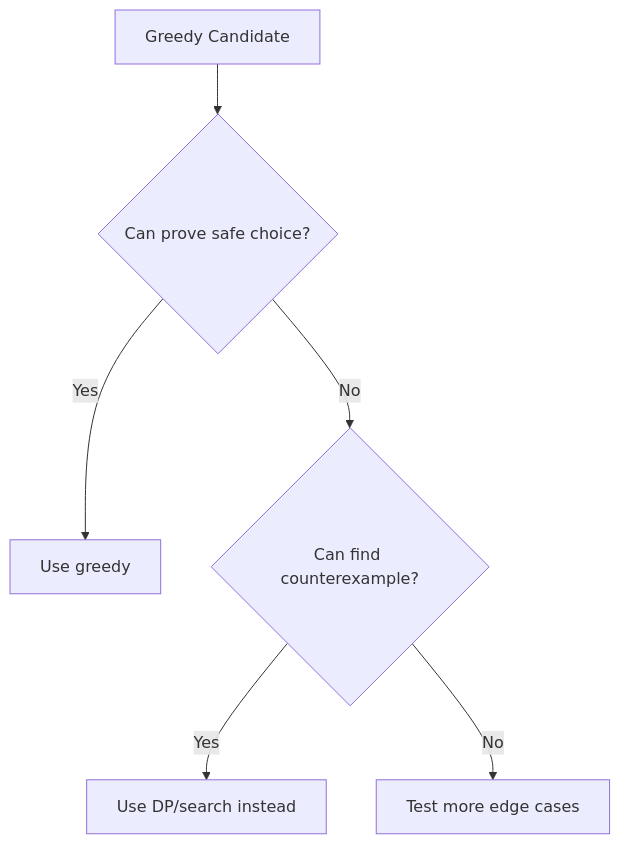
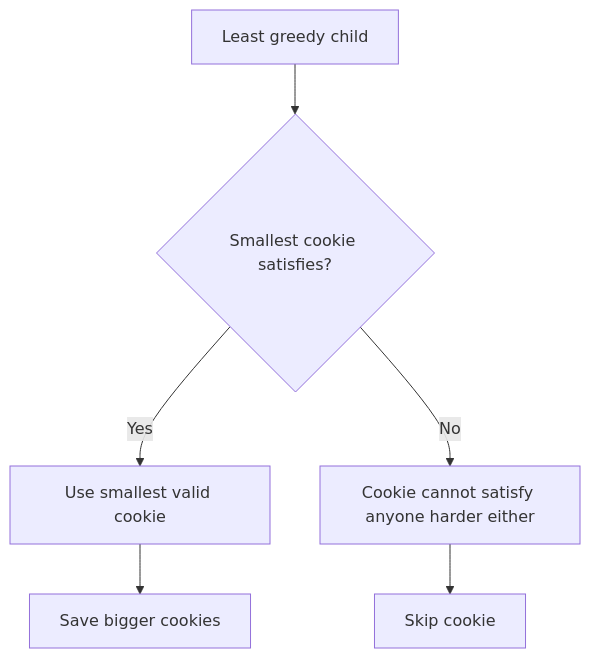
Diagram 19 of 23 in CP_DSA_NOTES/TOPIC_WISE/greedy_patterns_visual_reference.md (mthaiseer/springcloud-systemdesign-notes), drawn with Mermaid before and after one commit. The commit also changed other lines of this file, not shown here.

````diff
--- a/CP_DSA_NOTES/TOPIC_WISE/greedy_patterns_visual_reference.md
+++ b/CP_DSA_NOTES/TOPIC_WISE/greedy_patterns_visual_reference.md
@@ -909,8 +988,8 @@
 ```mermaid
 flowchart TD
-    A[Greedy Candidate] --> B{Can prove safe choice?}
-    B -- Yes --> C[Use greedy]
-    B -- No --> D{Can find counterexample?}
-    D -- Yes --> E[Use DP/search instead]
-    D -- No --> F[Test more edge cases]
+    A[Least greedy child] --> B{Smallest cookie satisfies?}
+    B -->|Yes| C[Use smallest valid cookie]
+    B -->|No| D[Cookie cannot satisfy anyone harder either]
+    C --> E[Save bigger cookies]
+    D --> F[Skip cookie]
 ```
````
